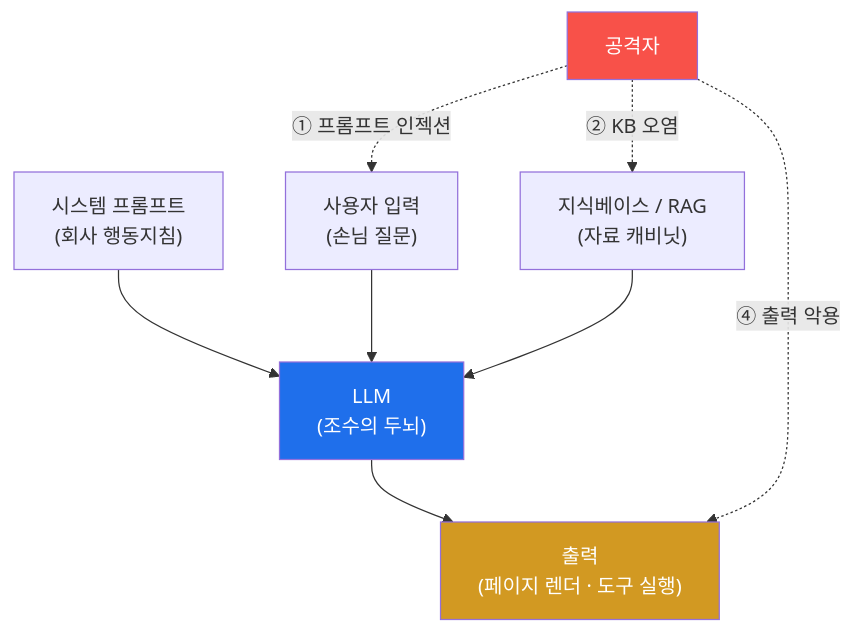
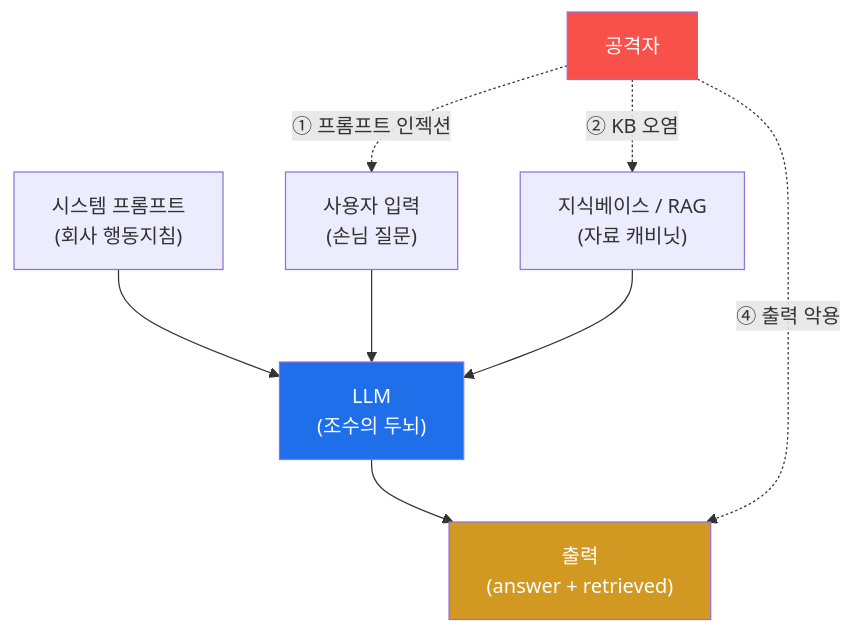
The first of 2 diagrams in contents/training/ai-service-pentest/lecture_week01.md (mrgrit/tw2), drawn with Mermaid before and after one commit. The commit also changed other lines of this file, not shown here.

````diff
--- a/contents/training/ai-service-pentest/lecture_week01.md
+++ b/contents/training/ai-service-pentest/lecture_week01.md
@@ -68,13 +72,13 @@
 ```mermaid
 graph TD
     SP["시스템 프롬프트<br/>(회사 행동지침)"] --> L["LLM<br/>(조수의 두뇌)"]
     U["사용자 입력<br/>(손님 질문)"] --> L
     KB["지식베이스 / RAG<br/>(자료 캐비닛)"] --> L
-    L --> O["출력<br/>(페이지 렌더 · 도구 실행)"]
+    L --> O["출력<br/>(answer + retrieved)"]
     ATK["공격자"] -. "① 프롬프트 인젝션" .-> U
     ATK -. "② KB 오염" .-> KB
     ATK -. "④ 출력 악용" .-> O
     style L fill:#1f6feb,color:#fff
     style ATK fill:#f85149,color:#fff
     style O fill:#d29922,color:#fff
 ```
````
